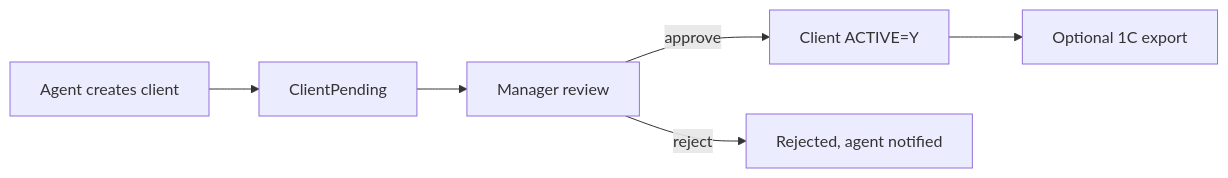
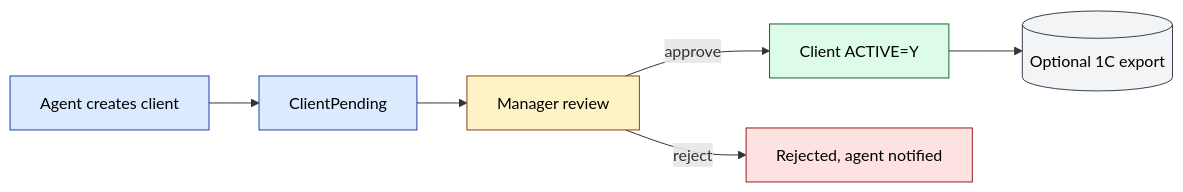
One commit to jamshidtulaganov/sd-doc changed the diagram in docs/modules/clients.md. Above: the diagram before and after it, drawn with Mermaid. The commit also changed other lines of this file and 21 other files, not shown here.

````diff
--- a/docs/modules/clients.md
+++ b/docs/modules/clients.md
@@ -53,8 +60,19 @@
 ```mermaid
 flowchart LR
-  A[Agent creates client] --> P[ClientPending]
-  P --> M[Manager review]
-  M -->|approve| C[Client ACTIVE=Y]
-  M -->|reject| R[Rejected, agent notified]
-  C --> X[Optional 1C export]
+  A["Agent creates client"] --> P["ClientPending"]
+  P --> M["Manager review"]
+  M -->|approve| C["Client ACTIVE=Y"]
+  M -->|reject| R["Rejected, agent notified"]
+  C --> X[("Optional 1C export")]
+classDef action   fill:#dbeafe,stroke:#1e40af,color:#000
+classDef approval fill:#fef3c7,stroke:#92400e,color:#000
+classDef success  fill:#dcfce7,stroke:#166534,color:#000
+classDef reject   fill:#fee2e2,stroke:#991b1b,color:#000
+classDef external fill:#f3f4f6,stroke:#374151,color:#000
+classDef cron     fill:#ede9fe,stroke:#6d28d9,color:#000
+class A,P action
+class M approval
+class C success
+class R reject
+class X external
 ```
````
